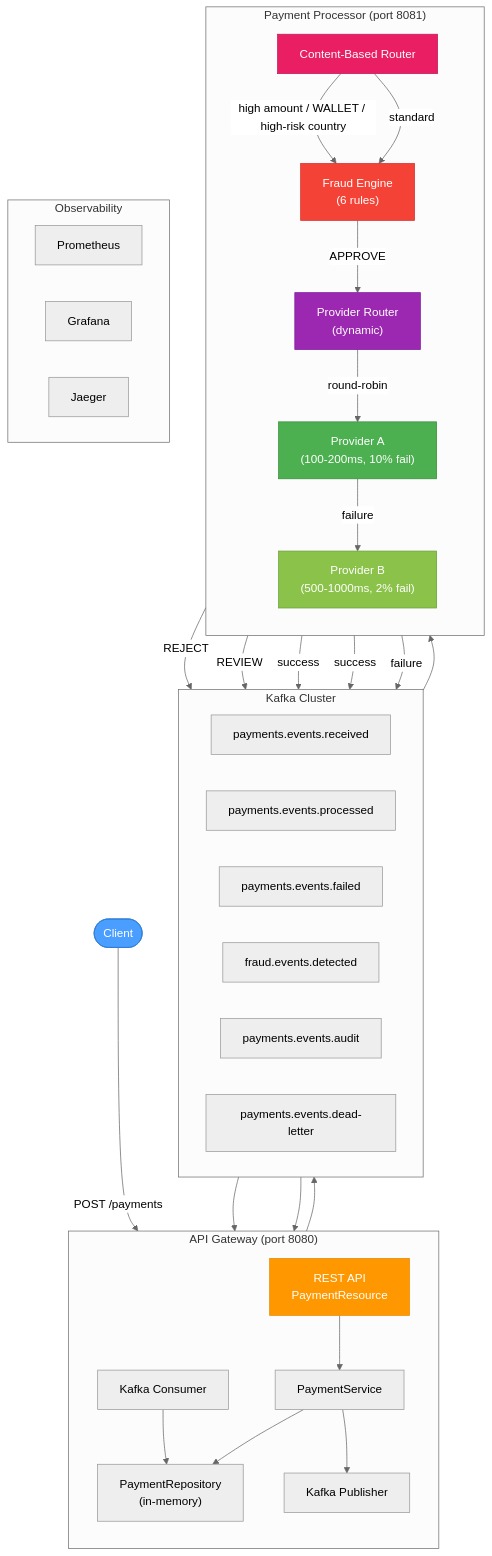
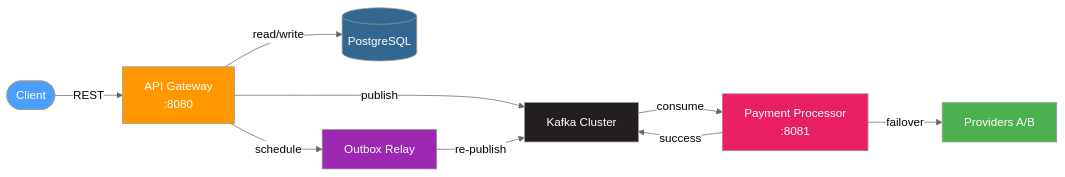
One commit to sergio11/camel_payment_orchestrator_poc changed the first of 5 diagrams in README.md. Above: the diagram before and after it, drawn with Mermaid (neutral theme). The commit also changed other lines of this file, not shown here.

First line of the commit message:
docs: overhaul README to align with current codebase architecture

````diff
--- a/README.md
+++ b/README.md
@@ -119,67 +121,19 @@
 ```mermaid
-graph TB
-    Client(["Client"])
+graph LR
+    Client(["Client"]) -->|REST| Gateway["API Gateway\n:8080"]
+    Gateway -->|publish| Kafka["Kafka Cluster"]
+    Kafka -->|consume| Processor["Payment Processor\n:8081"]
+    Processor -->|"success"| Kafka
+    Processor -->|"failover"| Providers["Providers A/B"]
+    Gateway -->|"read/write"| DB[("PostgreSQL")]
+    Gateway -->|"schedule"| Outbox["Outbox Relay"]
+    Outbox -->|re-publish| Kafka
 
-    subgraph "API Gateway (port 8080)"
-        direction TB
-        REST["REST API<br/>PaymentResource"]
-        SVC["PaymentService"]
-        REPO["PaymentRepository<br/>(in-memory)"]
-        KPub["Kafka Publisher"]
-        KCon["Kafka Consumer"]
-    end
-
-    subgraph "Kafka Cluster"
-        direction LR
-        T1["payments.events.received"]
-        T2["payments.events.processed"]
-        T3["payments.events.failed"]
-        T4["fraud.events.detected"]
-        T5["payments.events.audit"]
-        T6["payments.events.dead-letter"]
-    end
-
-    subgraph "Payment Processor (port 8081)"
-        direction TB
-        CBR["Content-Based Router"]
-        Fraud["Fraud Engine<br/>(6 rules)"]
-        PR["Provider Router<br/>(dynamic)"]
-        ProvA["Provider A<br/>(100-200ms, 10% fail)"]
-        ProvB["Provider B<br/>(500-1000ms, 2% fail)"]
-    end
-
-    subgraph "Observability"
-        direction LR
-        Prom["Prometheus"]
-        Graf["Grafana"]
-        Jaeger["Jaeger"]
-    end
-
-    Client -->|"POST /payments"| REST
-    REST --> SVC
-    SVC --> REPO
-    SVC --> KPub
-    KPub --> T1
-    T1 --> CBR
-    CBR -->|"high amount / WALLET / high-risk country"| Fraud
-    CBR -->|"standard"| Fraud
-    Fraud -->|"APPROVE"| PR
-    Fraud -->|"REJECT"| T4
-    Fraud -->|"REVIEW"| T4
-    PR -->|"round-robin"| ProvA
-    ProvA -->|"success"| T2
-    ProvA -->|"failure"| ProvB
-    ProvB -->|"success"| T2
-    ProvB -->|"failure"| T6
-    T2 --> KCon
-    T3 --> KCon
-    KCon --> REPO
-
-    style Client fill:#4a9eff,color:#fff,stroke:#2d7dd2
-    style REST fill:#ff9800,color:#fff,stroke:#e68900
-    style CBR fill:#e91e63,color:#fff,stroke:#c2185b
-    style Fraud fill:#f44336,color:#fff,stroke:#d32f2f
-    style PR fill:#9c27b0,color:#fff,stroke:#7b1fa2
-    style ProvA fill:#4caf50,color:#fff,stroke:#388e3c
-    style ProvB fill:#8bc34a,color:#fff,stroke:#689f38
+    style Client fill:#4a9eff,color:#fff
+    style Gateway fill:#ff9800,color:#fff
+    style Kafka fill:#231f20,color:#fff
+    style Processor fill:#e91e63,color:#fff
+    style Providers fill:#4caf50,color:#fff
+    style DB fill:#336791,color:#fff
+    style Outbox fill:#9c27b0,color:#fff
 ```
````
